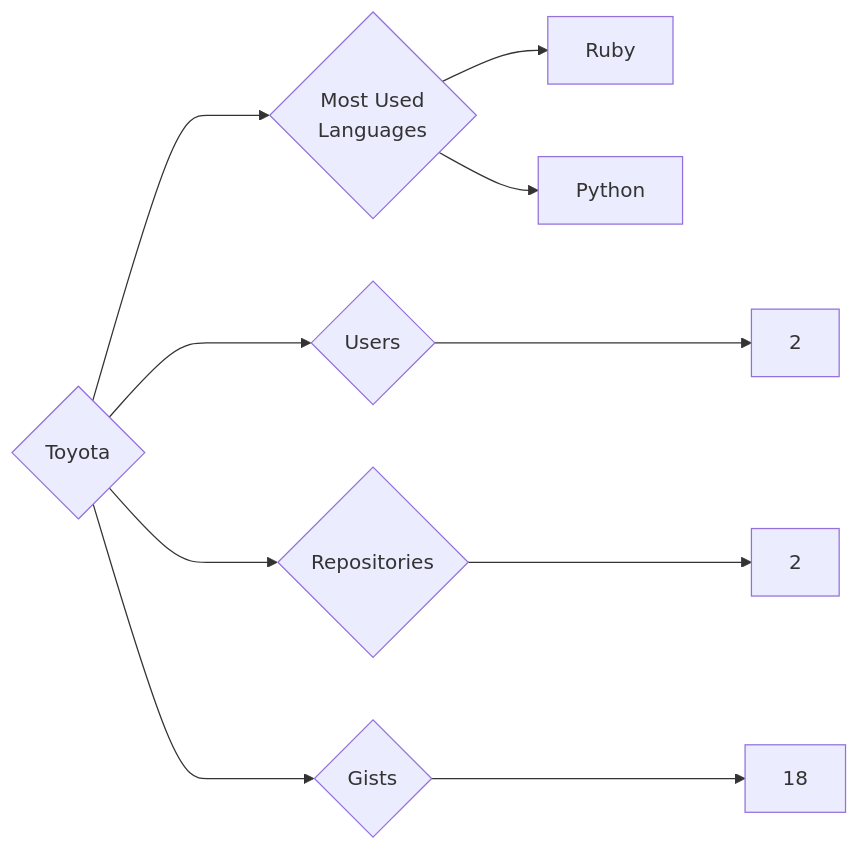
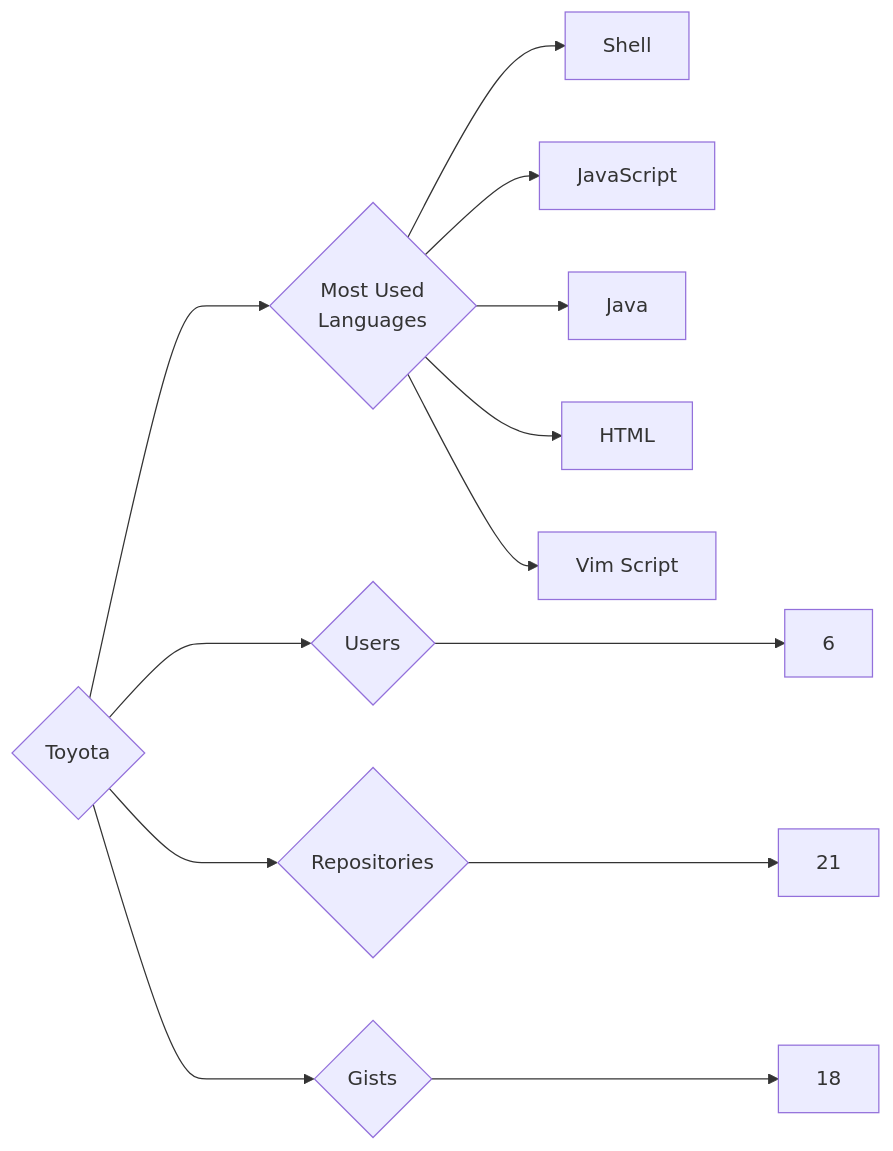
Before and after one commit to trickest/insiders: the diagram in targets/Toyota/README.md, drawn with Mermaid. The commit also changed 1389 other files, not shown here.

````diff
--- a/targets/Toyota/README.md
+++ b/targets/Toyota/README.md
@@ -3,10 +3,13 @@
 ```mermaid
 graph LR
 COMPANY_NAME{Toyota}
-COMPANY_NAME ---> U{Users} ---> UN[2]
-COMPANY_NAME ---> R{Repositories} ---> RN[2]
+COMPANY_NAME ---> U{Users} ---> UN[6]
+COMPANY_NAME ---> R{Repositories} ---> RN[21]
 COMPANY_NAME ---> G{Gists} ---> GN[18]
 COMPANY_NAME ---> ML{Most Used<br>Languages}
-ML --> Ruby[Ruby]
-ML --> Python[Python]
+ML --> Shell[Shell]
+ML --> JavaScript[JavaScript]
+ML --> Java[Java]
+ML --> HTML[HTML]
+ML --> Vim_Script[Vim Script]
 ```
````
